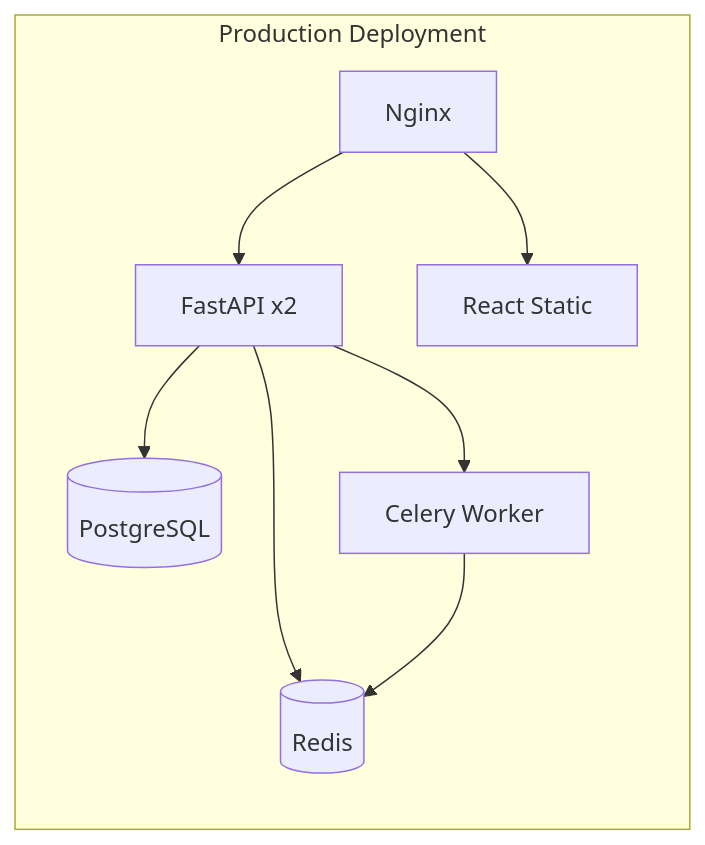
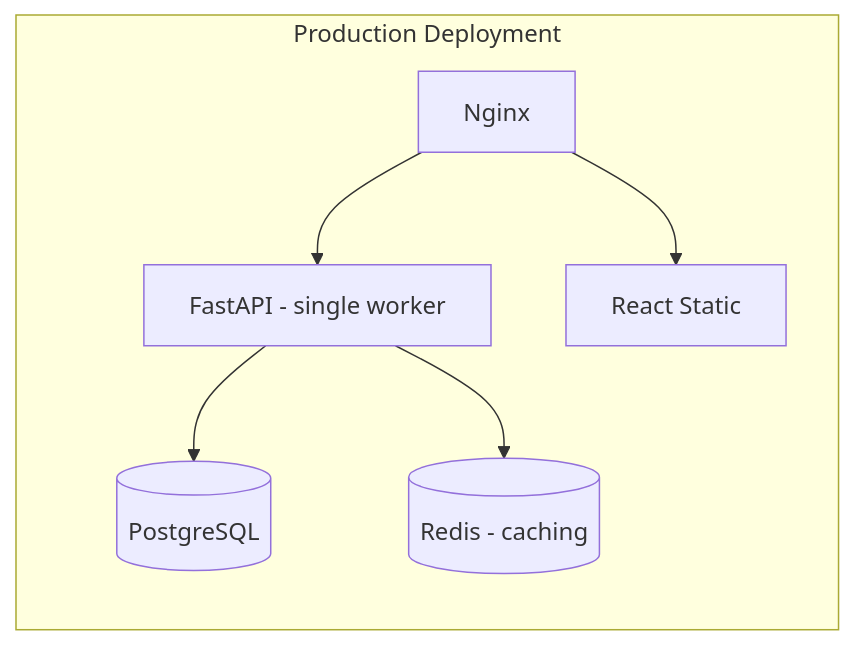
Before and after one commit to pixel-pudding/TaskPilot-AI: the second of 2 diagrams in ARCHITECTURE.md, drawn with Mermaid. The commit also changed other lines of this file and 17 other files, not shown here.

````diff
--- a/ARCHITECTURE.md
+++ b/ARCHITECTURE.md
@@ -125,11 +125,9 @@
 ```mermaid
 graph LR
     subgraph "Production Deployment"
-        NGINX[Nginx] --> BACKEND[FastAPI x2]
+        NGINX[Nginx] --> BACKEND[FastAPI - single worker]
         BACKEND --> POSTGRES[(PostgreSQL)]
-        BACKEND --> REDIS[(Redis)]
-        BACKEND --> CELERY[Celery Worker]
-        CELERY --> REDIS
+        BACKEND --> REDIS[(Redis - caching)]
         NGINX --> FRONTEND[React Static]
     end
 ```
````
